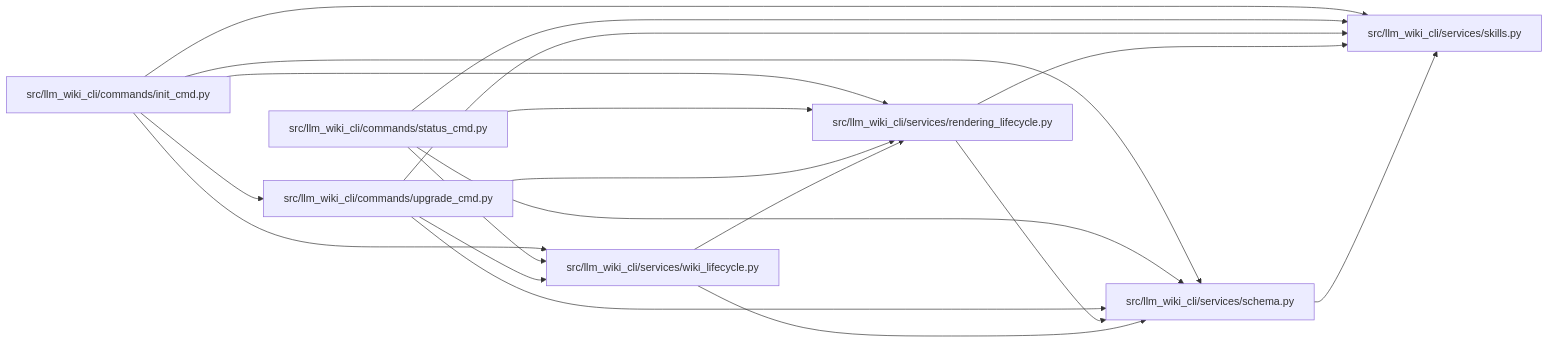
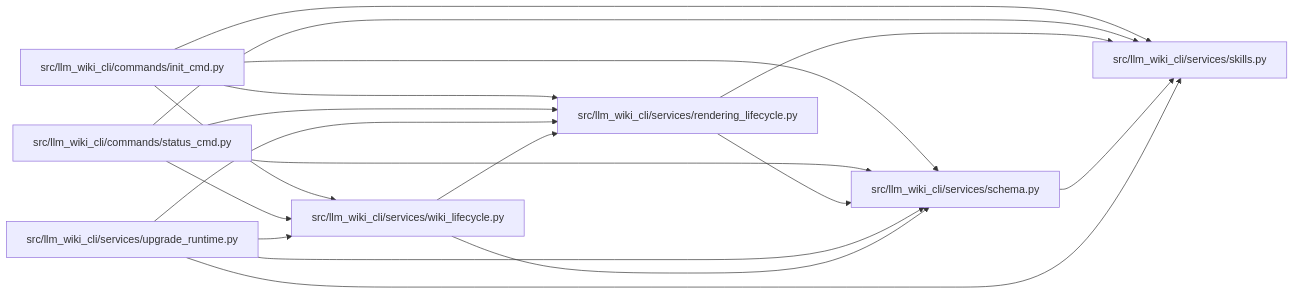
The diagram in docs/llm_wiki/modules/rendering_lifecycle.md (Denissvgn/python-wiki-llm), drawn with Mermaid before and after one commit. The commit also changed other lines of this file and 1555 other files, not shown here.

````diff
--- a/docs/llm_wiki/modules/rendering_lifecycle.md
+++ b/docs/llm_wiki/modules/rendering_lifecycle.md
@@ -26,35 +26,34 @@
 ```mermaid
 flowchart LR
     n0["src/llm_wiki_cli/commands/init_cmd.py"]
     n1["src/llm_wiki_cli/commands/status_cmd.py"]
-    n2["src/llm_wiki_cli/commands/upgrade_cmd.py"]
-    n3["src/llm_wiki_cli/services/rendering_lifecycle.py"]
-    n4["src/llm_wiki_cli/services/schema.py"]
-    n5["src/llm_wiki_cli/services/skills.py"]
+    n2["src/llm_wiki_cli/services/rendering_lifecycle.py"]
+    n3["src/llm_wiki_cli/services/schema.py"]
+    n4["src/llm_wiki_cli/services/skills.py"]
+    n5["src/llm_wiki_cli/services/upgrade_runtime.py"]
     n6["src/llm_wiki_cli/services/wiki_lifecycle.py"]
     n0 --> n2
     n0 --> n3
     n0 --> n4
-    n0 --> n5
     n0 --> n6
+    n1 --> n2
     n1 --> n3
     n1 --> n4
-    n1 --> n5
     n1 --> n6
     n2 --> n3
     n2 --> n4
-    n2 --> n5
-    n2 --> n6
     n3 --> n4
-    n3 --> n5
-    n4 --> n5
+    n5 --> n2
+    n5 --> n3
+    n5 --> n4
+    n5 --> n6
+    n6 --> n2
     n6 --> n3
-    n6 --> n4
     click n0 "../modules/init_cmd.md"
     click n1 "../modules/status_cmd.md"
-    click n2 "../modules/upgrade_cmd.md"
-    click n3 "../modules/rendering_lifecycle.md"
-    click n4 "../modules/services_schema.md"
-    click n5 "../modules/skills.md"
+    click n2 "../modules/rendering_lifecycle.md"
+    click n3 "../modules/services_schema.md"
+    click n4 "../modules/skills.md"
+    click n5 "../modules/upgrade_runtime.md"
     click n6 "../modules/wiki_lifecycle.md"
 ```
````
